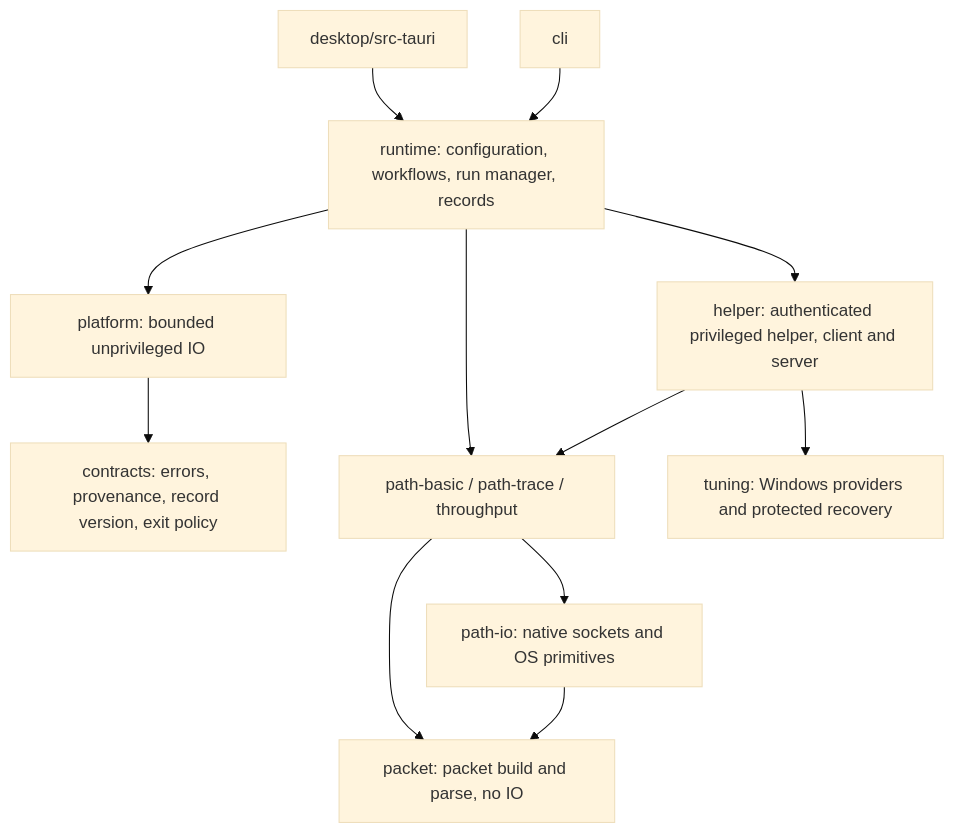
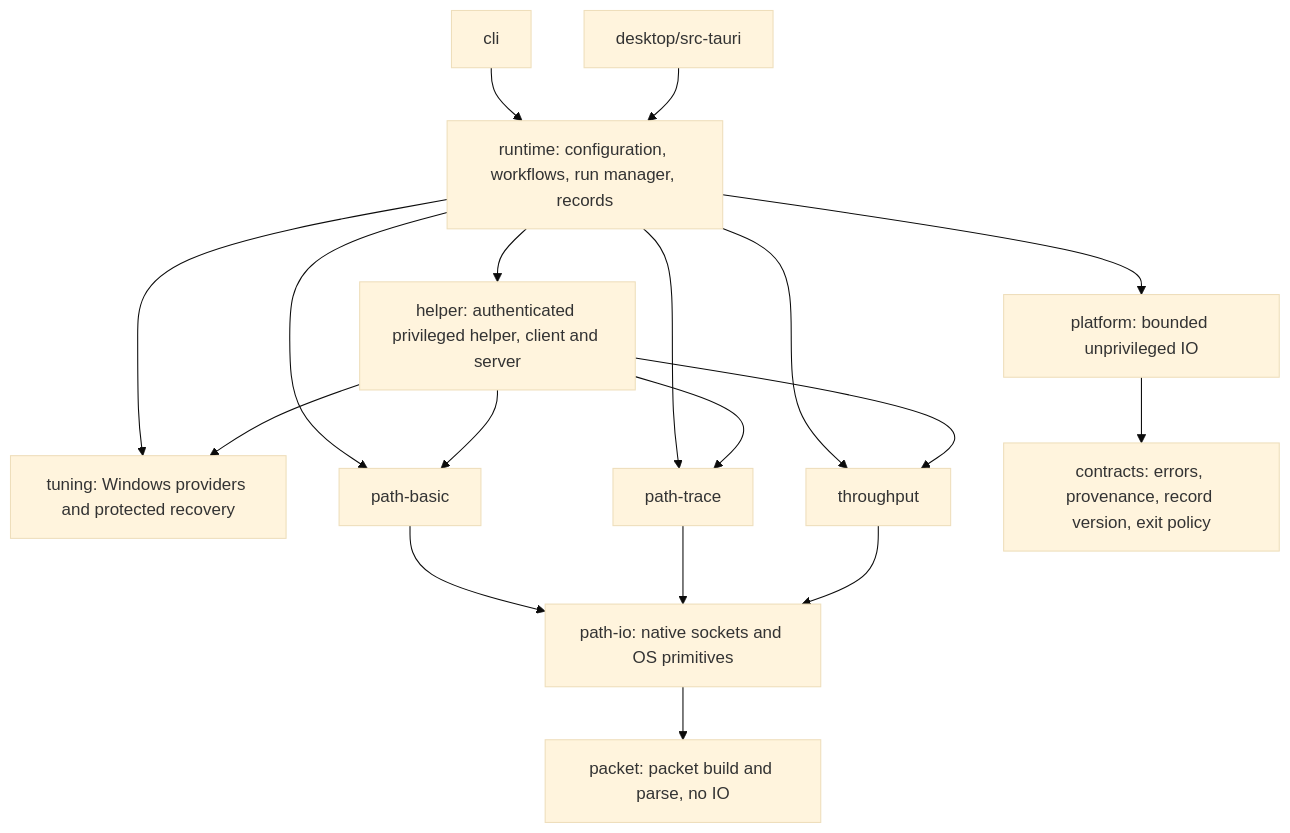
One commit to nohwnd/network-diagnostics-suite changed the fourth of 4 diagrams in docs/architecture.md. Above: the diagram before and after it, drawn with Mermaid (base theme). The commit also changed other lines of this file and 6 other files, not shown here.

````diff
--- a/docs/architecture.md
+++ b/docs/architecture.md
@@ -336,25 +337,33 @@
 ```mermaid
 flowchart TD
-    contracts[contracts: errors, provenance, record version, exit policy]
-    platform[platform: bounded unprivileged IO]
-    packet[packet: packet build and parse, no IO]
-    pathio[path-io: native sockets and OS primitives]
-    engines[path-basic / path-trace / throughput]
-    tuning[tuning: Windows providers and protected recovery]
-    helper[helper: authenticated privileged helper, client and server]
-    runtime[runtime: configuration, workflows, run manager, records]
     cli[cli]
     desktop[desktop/src-tauri]
+    runtime[runtime: configuration, workflows, run manager, records]
+    helper[helper: authenticated privileged helper, client and server]
+    tuning[tuning: Windows providers and protected recovery]
+    basic[path-basic]
+    trace[path-trace]
+    throughput[throughput]
+    pathio[path-io: native sockets and OS primitives]
+    packet[packet: packet build and parse, no IO]
+    platform[platform: bounded unprivileged IO]
+    contracts[contracts: errors, provenance, record version, exit policy]
 
-    platform --> contracts
-    pathio --> packet
-    engines --> pathio
-    engines --> packet
-    helper --> engines
-    helper --> tuning
-    runtime --> helper
-    runtime --> engines
-    runtime --> platform
     cli --> runtime
     desktop --> runtime
+    runtime --> helper
+    runtime --> tuning
+    runtime --> basic
+    runtime --> trace
+    runtime --> throughput
+    runtime --> platform
+    helper --> tuning
+    helper --> basic
+    helper --> trace
+    helper --> throughput
+    basic --> pathio
+    trace --> pathio
+    throughput --> pathio
+    pathio --> packet
+    platform --> contracts
 ```
````
